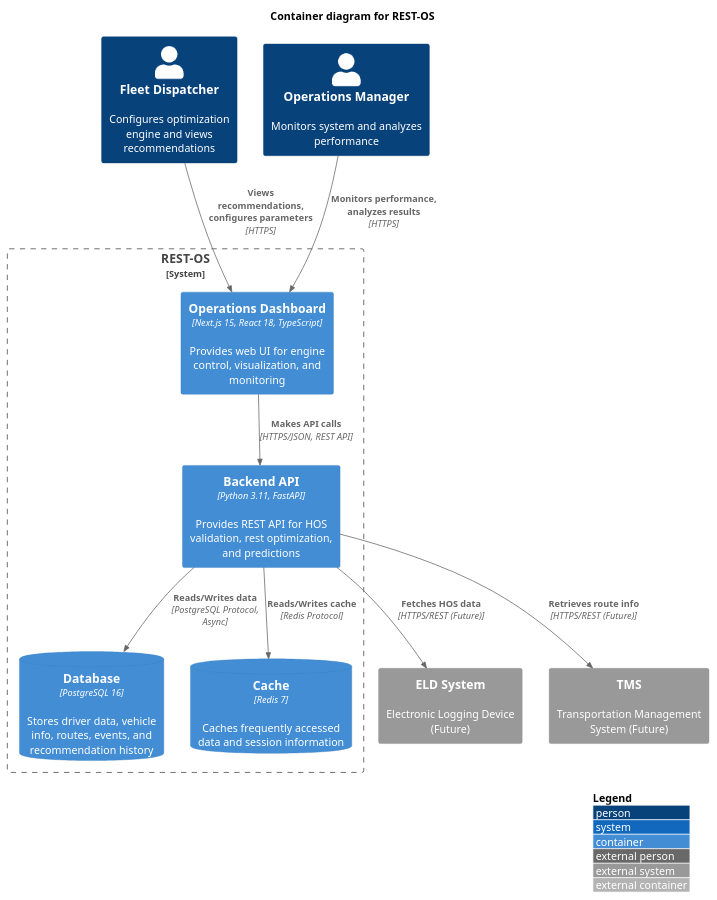
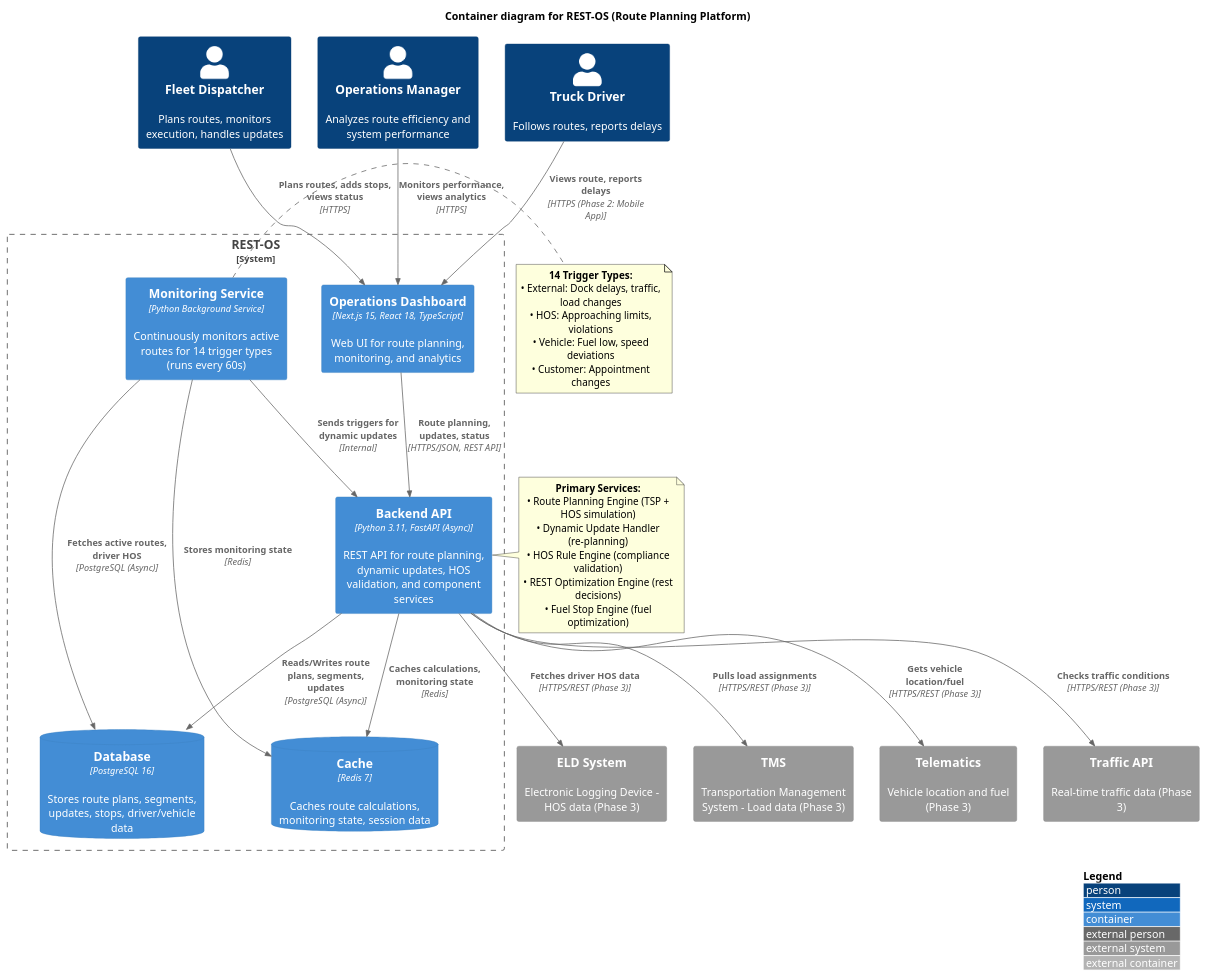
Before and after one commit to app-shore/sally: the diagram in .docs/architecture/c4-level2-container.puml, drawn with PlantUML. The commit also changed 30 other files, not shown here.

Commit message:
route planning changes

```diff
--- a/.docs/architecture/c4-level2-container.puml
+++ b/.docs/architecture/c4-level2-container.puml
@@ -1,34 +1,63 @@
 @startuml C4_Container
 !include https://raw.githubusercontent.com/plantuml-stdlib/C4-PlantUML/master/C4_Container.puml
 
 LAYOUT_WITH_LEGEND()
 
-title Container diagram for REST-OS
+title Container diagram for REST-OS (Route Planning Platform)
 
-Person(dispatcher, "Fleet Dispatcher", "Configures optimization engine and views recommendations")
-Person(operations, "Operations Manager", "Monitors system and analyzes performance")
+Person(dispatcher, "Fleet Dispatcher", "Plans routes, monitors execution, handles updates")
+Person(operations, "Operations Manager", "Analyzes route efficiency and system performance")
+Person(driver, "Truck Driver", "Follows routes, reports delays")
 
 System_Boundary(restos, "REST-OS") {
-    Container(web, "Operations Dashboard", "Next.js 15, React 18, TypeScript", "Provides web UI for engine control, visualization, and monitoring")
+    Container(web, "Operations Dashboard", "Next.js 15, React 18, TypeScript", "Web UI for route planning, monitoring, and analytics")
 
-    Container(api, "Backend API", "Python 3.11, FastAPI", "Provides REST API for HOS validation, rest optimization, and predictions")
+    Container(api, "Backend API", "Python 3.11, FastAPI (Async)", "REST API for route planning, dynamic updates, HOS validation, and component services")
 
-    ContainerDb(db, "Database", "PostgreSQL 16", "Stores driver data, vehicle info, routes, events, and recommendation history")
+    Container(monitoring, "Monitoring Service", "Python Background Service", "Continuously monitors active routes for 14 trigger types (runs every 60s)")
 
-    ContainerDb(cache, "Cache", "Redis 7", "Caches frequently accessed data and session information")
+    ContainerDb(db, "Database", "PostgreSQL 16", "Stores route plans, segments, updates, stops, driver/vehicle data")
+
+    ContainerDb(cache, "Cache", "Redis 7", "Caches route calculations, monitoring state, session data")
 }
 
-System_Ext(eld, "ELD System", "Electronic Logging Device (Future)")
-System_Ext(tms, "TMS", "Transportation Management System (Future)")
+System_Ext(eld, "ELD System", "Electronic Logging Device - HOS data (Phase 3)")
+System_Ext(tms, "TMS", "Transportation Management System - Load data (Phase 3)")
+System_Ext(telematics, "Telematics", "Vehicle location and fuel (Phase 3)")
+System_Ext(traffic, "Traffic API", "Real-time traffic data (Phase 3)")
 
-Rel(dispatcher, web, "Views recommendations, configures parameters", "HTTPS")
-Rel(operations, web, "Monitors performance, analyzes results", "HTTPS")
+Rel(dispatcher, web, "Plans routes, adds stops, views status", "HTTPS")
+Rel(operations, web, "Monitors performance, views analytics", "HTTPS")
+Rel(driver, web, "Views route, reports delays", "HTTPS (Phase 2: Mobile App)")
 
-Rel(web, api, "Makes API calls", "HTTPS/JSON, REST API")
-Rel(api, db, "Reads/Writes data", "PostgreSQL Protocol, Async")
-Rel(api, cache, "Reads/Writes cache", "Redis Protocol")
+Rel(web, api, "Route planning, updates, status", "HTTPS/JSON, REST API")
+Rel(api, db, "Reads/Writes route plans, segments, updates", "PostgreSQL (Async)")
+Rel(api, cache, "Caches calculations, monitoring state", "Redis")
 
-Rel(api, eld, "Fetches HOS data", "HTTPS/REST (Future)")
-Rel(api, tms, "Retrieves route info", "HTTPS/REST (Future)")
+Rel(monitoring, db, "Fetches active routes, driver HOS", "PostgreSQL (Async)")
+Rel(monitoring, cache, "Stores monitoring state", "Redis")
+Rel(monitoring, api, "Sends triggers for dynamic updates", "Internal")
+
+Rel(api, eld, "Fetches driver HOS data", "HTTPS/REST (Phase 3)")
+Rel(api, tms, "Pulls load assignments", "HTTPS/REST (Phase 3)")
+Rel(api, telematics, "Gets vehicle location/fuel", "HTTPS/REST (Phase 3)")
+Rel(api, traffic, "Checks traffic conditions", "HTTPS/REST (Phase 3)")
+
+note right of api
+  **Primary Services:**
+  • Route Planning Engine (TSP + HOS simulation)
+  • Dynamic Update Handler (re-planning)
+  • HOS Rule Engine (compliance validation)
+  • REST Optimization Engine (rest decisions)
+  • Fuel Stop Engine (fuel optimization)
+end note
+
+note right of monitoring
+  **14 Trigger Types:**
+  • External: Dock delays, traffic, load changes
+  • HOS: Approaching limits, violations
+  • Vehicle: Fuel low, speed deviations
+  • Customer: Appointment changes
+end note
 
 @enduml
```
